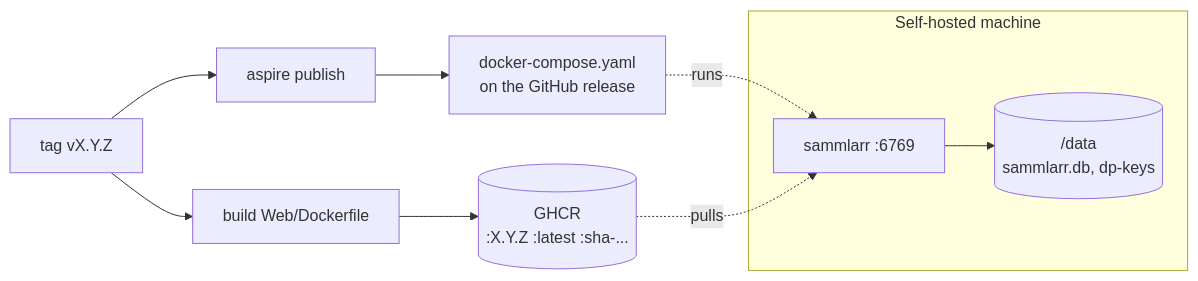
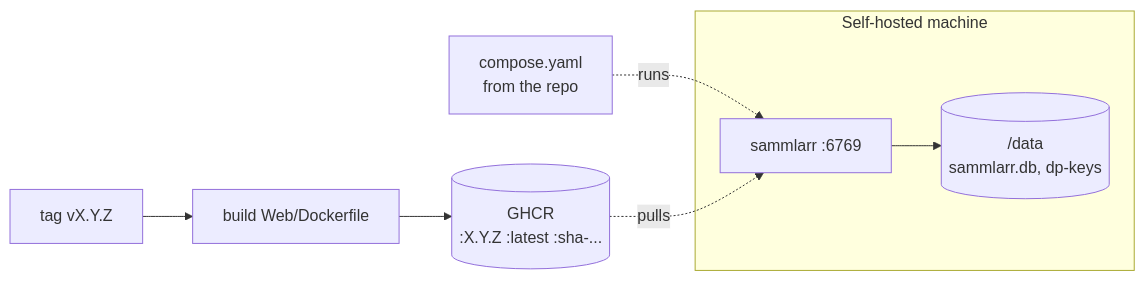
Before and after one commit to daerup/Sammlarr: the second of 2 diagrams in docs/architecture/sections/05-deployment.md, drawn with Mermaid. The commit also changed other lines of this file and 14 other files, not shown here.

Commit message:
build(release): ship compose.yaml as the only compose file

````diff
--- a/docs/architecture/sections/05-deployment.md
+++ b/docs/architecture/sections/05-deployment.md
@@ -64,12 +64,11 @@
 ```mermaid
 flowchart LR
   tag["tag vX.Y.Z"] --> build["build Web/Dockerfile"]
   build --> ghcr[("GHCR<br/>:X.Y.Z :latest :sha-...")]
-  tag --> pub["aspire publish"]
-  pub --> compose["docker-compose.yaml<br/>on the GitHub release"]
+  compose["compose.yaml<br/>from the repo"]
   subgraph server["Self-hosted machine"]
     web["sammlarr :6769"] --> vol[("/data<br/>sammlarr.db, dp-keys")]
   end
   compose -.->|runs| web
   ghcr -.->|pulls| web
 ```
````
